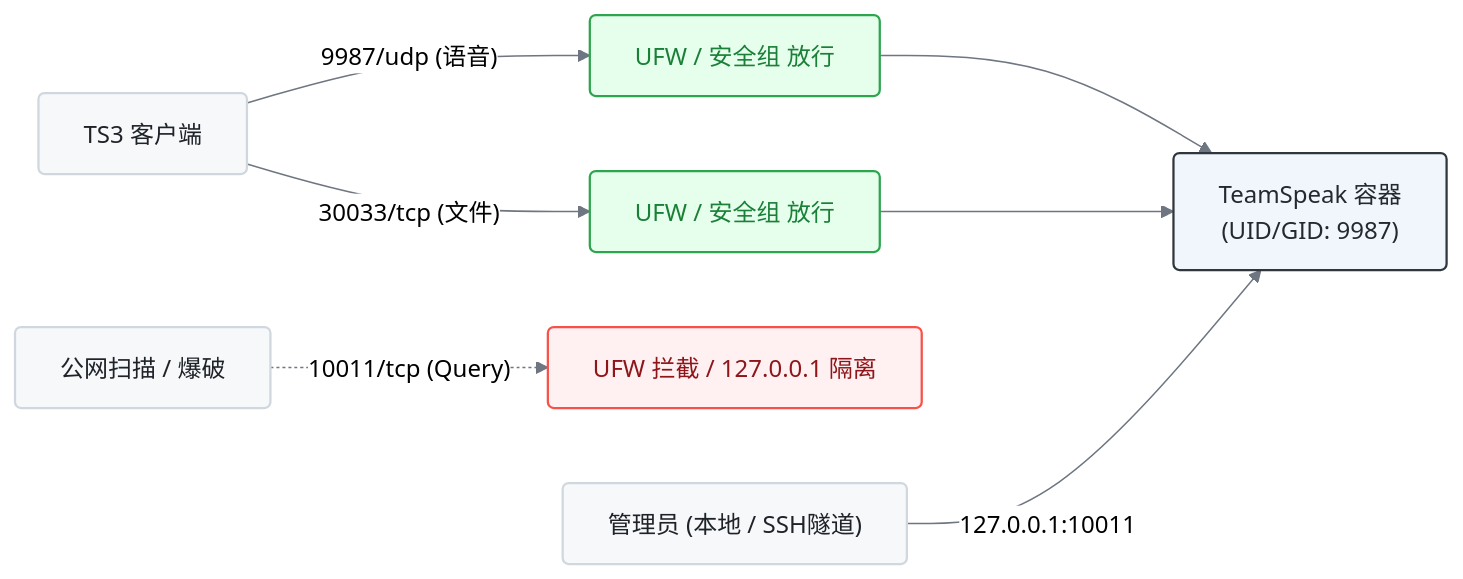
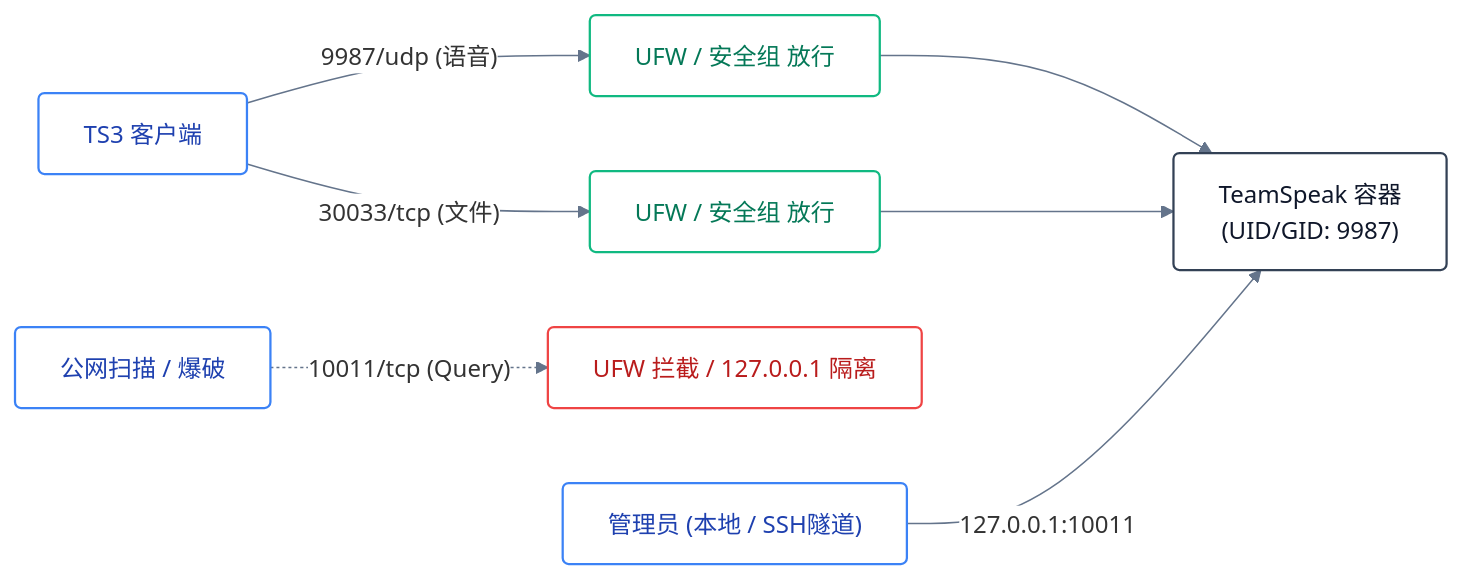
One commit to s1oopX/teamspeak3-vps-oneclick changed the diagram in README.md. Above: the diagram before and after it, drawn with Mermaid. The commit also changed other lines of this file, not shown here.

Commit message:
docs: overhaul architecture diagram to pure-white, box-free modern styling

````diff
--- a/README.md
+++ b/README.md
@@ -59,17 +59,16 @@
 ```mermaid
-%%{init: {'theme': 'neutral', 'themeVariables': { 'clusterBkg': '#ffffff', 'clusterBorder': '#d0d7de', 'primaryColor': '#f6f8fa', 'primaryBorderColor': '#d0d7de', 'lineColor': '#6e7681' }}}%%
+%%{init: {'theme': 'base', 'themeVariables': { 'edgeLabelBackground': '#ffffff', 'mainBkg': '#ffffff', 'lineColor': '#64748b' }}}%%
 flowchart LR
-    classDef client fill:#f6f8fa,stroke:#d0d7de,stroke-width:1.5px,color:#1f2328,rx:4px,ry:4px;
-    classDef safe fill:#e6ffed,stroke:#2da44e,stroke-width:1.5px,color:#1a7f37,rx:4px,ry:4px;
-    classDef warn fill:#fff0f2,stroke:#f85149,stroke-width:1.5px,color:#8e1519,rx:4px,ry:4px;
-    classDef core fill:#f0f6fc,stroke:#30363d,stroke-width:1.5px,color:#24292e,rx:4px,ry:4px;
+    classDef client fill:#ffffff,stroke:#3b82f6,stroke-width:1.5px,color:#1e40af,rx:4px,ry:4px;
+    classDef safe fill:#ffffff,stroke:#10b981,stroke-width:1.5px,color:#047857,rx:4px,ry:4px;
+    classDef warn fill:#ffffff,stroke:#ef4444,stroke-width:1.5px,color:#b91c1c,rx:4px,ry:4px;
+    classDef core fill:#ffffff,stroke:#334155,stroke-width:1.5px,color:#0f172a,rx:4px,ry:4px;
 
     U["TS3 客户端"]:::client -->|"9987/udp (语音)"| FW_U["UFW / 安全组 放行"]:::safe
     U -->|"30033/tcp (文件)"| FW_T["UFW / 安全组 放行"]:::safe
     ATTACKER["公网扫描 / 爆破"]:::client -.->|"10011/tcp (Query)"| FW_Q["UFW 拦截 / 127.0.0.1 隔离"]:::warn
     
     FW_U --> TS3["TeamSpeak 容器<br/>(UID/GID: 9987)"]:::core
     FW_T --> TS3
-    
     ADMIN["管理员 (本地 / SSH隧道)"]:::client -->|"127.0.0.1:10011"| TS3
 ```
````
